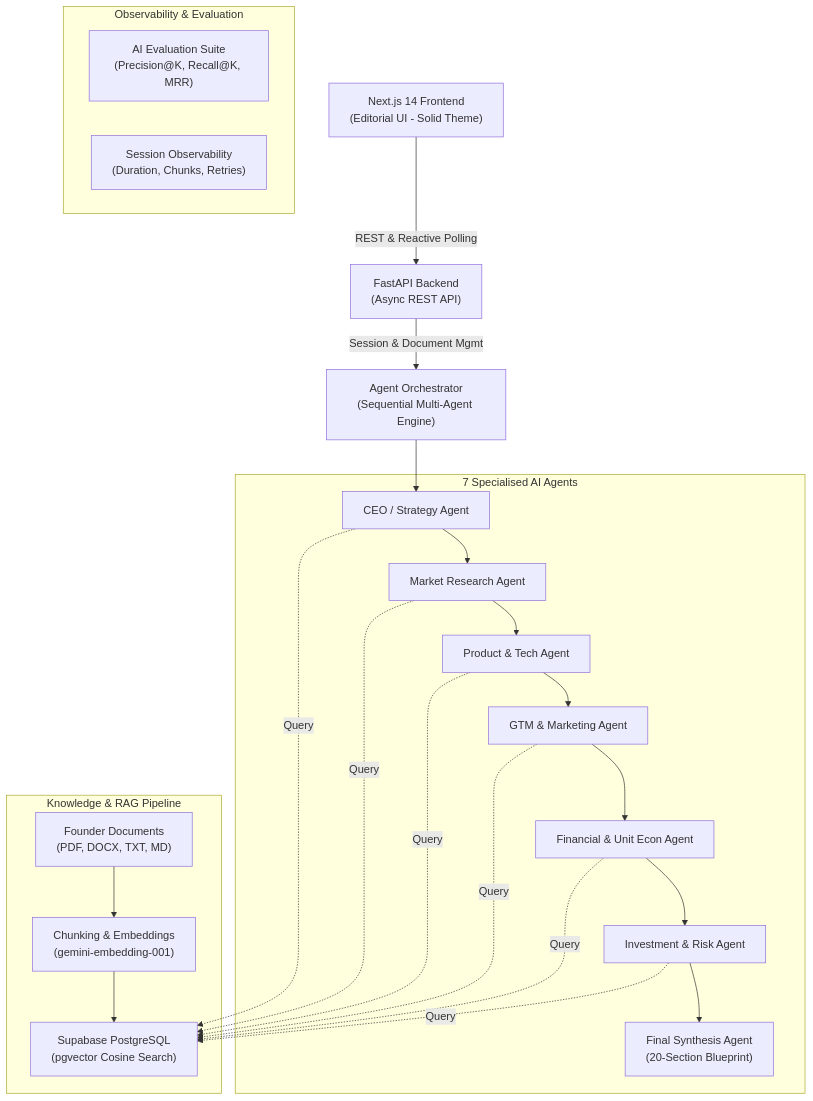
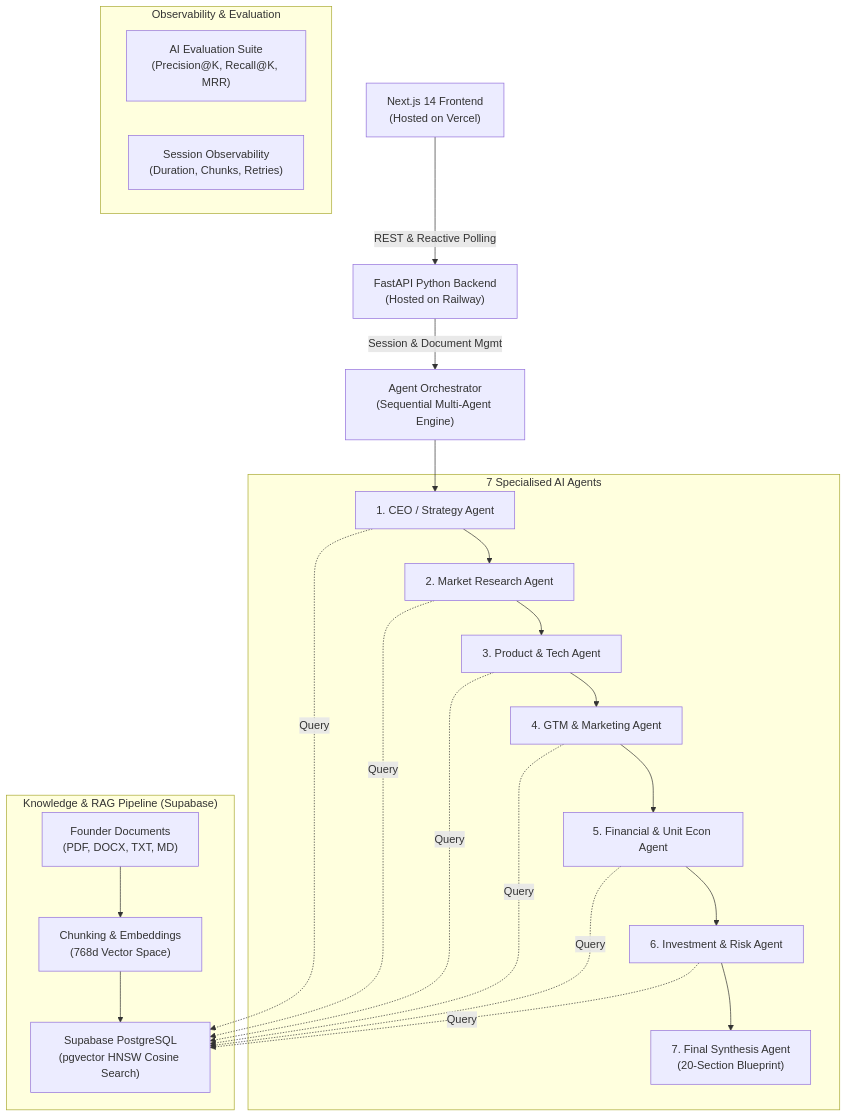
Before and after one commit to Kaustubh-kodes/VentureOs: the diagram in README.md, drawn with Mermaid. The commit also changed other lines of this file, not shown here.

Commit message:
feat: complete VentureOS multi-agent startup intelligence platform with Vercel, Railway, and Supabase deployment guide

````diff
--- a/README.md
+++ b/README.md
@@ -11,46 +16,46 @@
 ```mermaid
 graph TD
-    Client["Next.js 14 Frontend<br/>(Editorial UI - Solid Theme)"]
-    API["FastAPI Backend<br/>(Async REST API)"]
+    Client["Next.js 14 Frontend<br/>(Hosted on Vercel)"]
+    API["FastAPI Python Backend<br/>(Hosted on Railway)"]
     Orchestrator["Agent Orchestrator<br/>(Sequential Multi-Agent Engine)"]
     
     Client -->|REST & Reactive Polling| API
     API -->|Session & Document Mgmt| Orchestrator
 
     subgraph "7 Specialised AI Agents"
-        CEO["CEO / Strategy Agent"]
-        Market["Market Research Agent"]
-        Product["Product & Tech Agent"]
-        Marketing["GTM & Marketing Agent"]
-        Finance["Financial & Unit Econ Agent"]
-        Investment["Investment & Risk Agent"]
-        Synthesis["Final Synthesis Agent<br/>(20-Section Blueprint)"]
+        CEO["1. CEO / Strategy Agent"]
+        Market["2. Market Research Agent"]
+        Product["3. Product & Tech Agent"]
+        Marketing["4. GTM & Marketing Agent"]
+        Finance["5. Financial & Unit Econ Agent"]
+        Investment["6. Investment & Risk Agent"]
+        Synthesis["7. Final Synthesis Agent<br/>(20-Section Blueprint)"]
     end
 
     Orchestrator --> CEO
     CEO --> Market
     Market --> Product
     Product --> Marketing
     Marketing --> Finance
     Finance --> Investment
     Investment --> Synthesis
 
-    subgraph "Knowledge & RAG Pipeline"
+    subgraph "Knowledge & RAG Pipeline (Supabase)"
         Docs["Founder Documents<br/>(PDF, DOCX, TXT, MD)"]
-        Parser["Chunking & Embeddings<br/>(gemini-embedding-001)"]
-        PgVector["Supabase PostgreSQL<br/>(pgvector Cosine Search)"]
+        Parser["Chunking & Embeddings<br/>(768d Vector Space)"]
+        PgVector["Supabase PostgreSQL<br/>(pgvector HNSW Cosine Search)"]
     end
 
     Docs --> Parser --> PgVector
     CEO -.->|Query| PgVector
     Market -.->|Query| PgVector
     Product -.->|Query| PgVector
     Marketing -.->|Query| PgVector
     Finance -.->|Query| PgVector
     Investment -.->|Query| PgVector
 
     subgraph "Observability & Evaluation"
         Eval["AI Evaluation Suite<br/>(Precision@K, Recall@K, MRR)"]
         Metrics["Session Observability<br/>(Duration, Chunks, Retries)"]
     end
 ```
````
